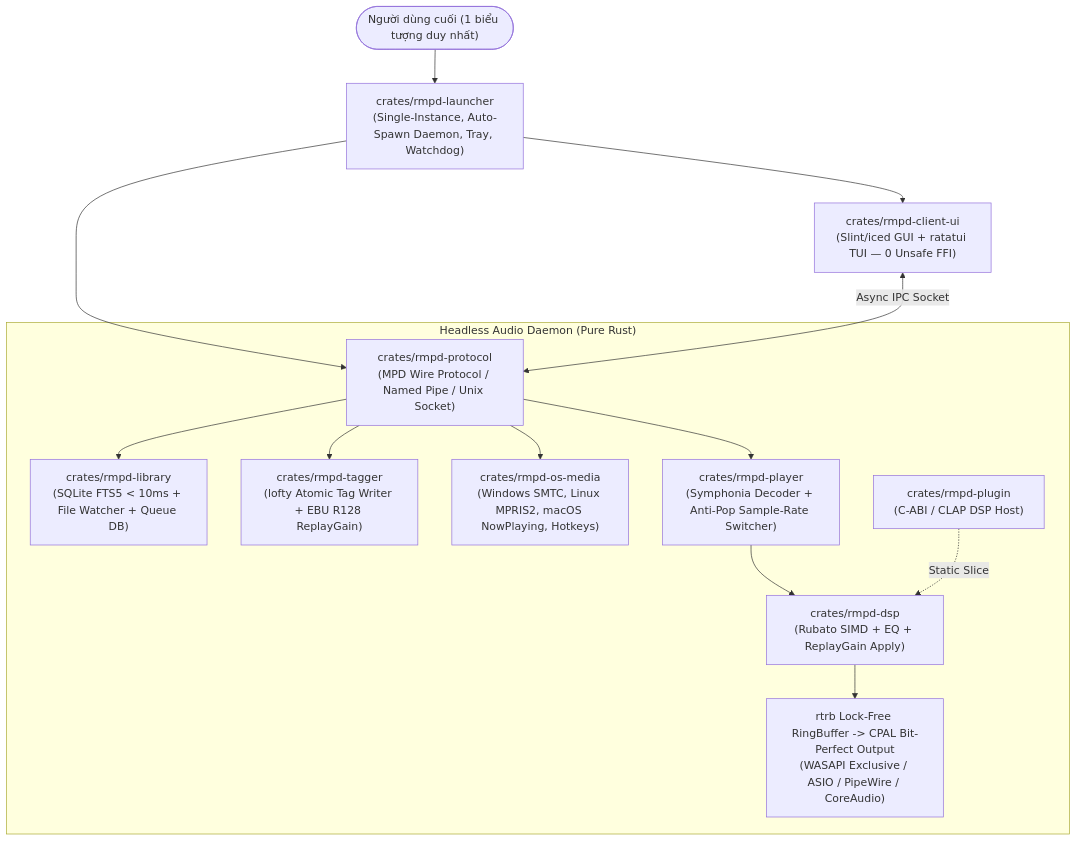
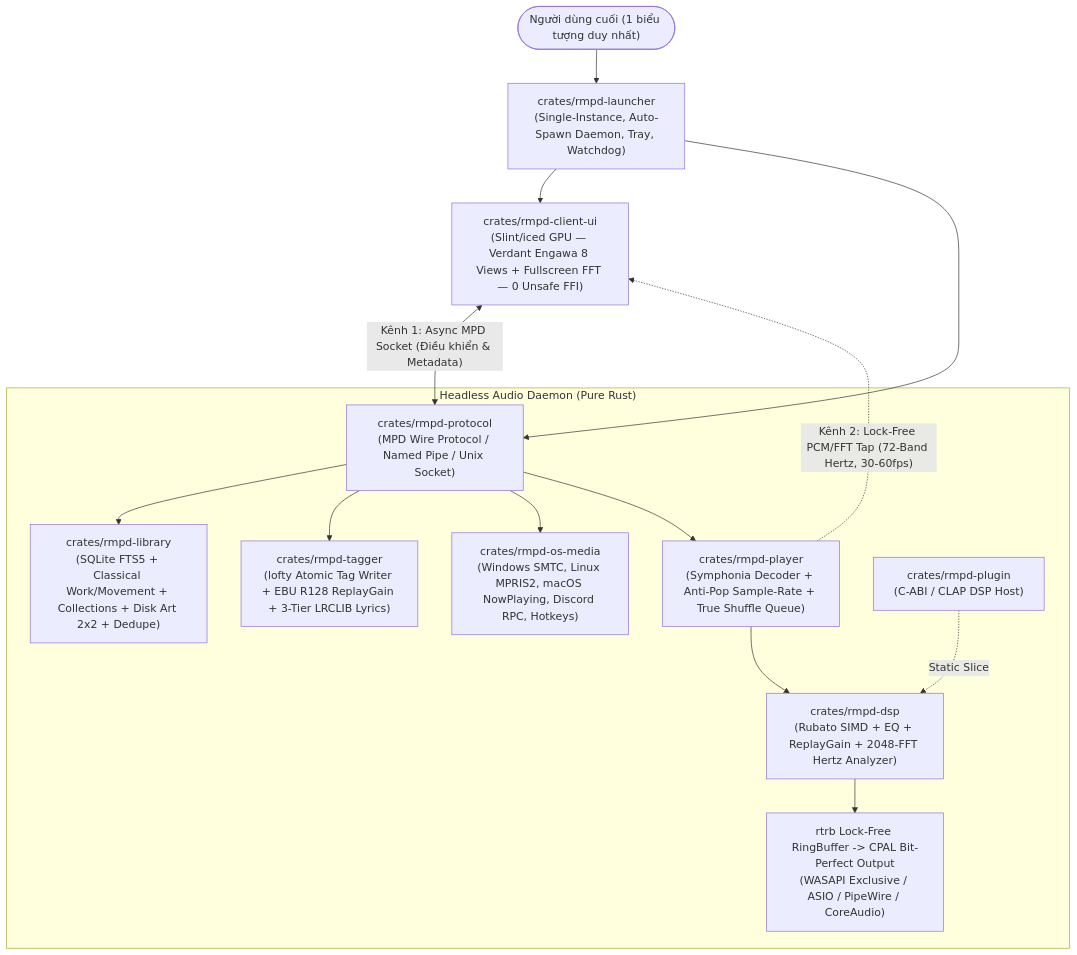
The diagram in BLUEPRINT.md (hien070807rise-glitch/rmpd-nextgen), drawn with Mermaid before and after one commit. The commit also changed other lines of this file and 2 other files, not shown here.

Commit message:
chore(hta): align blueprint and DAG with local Verdant Engawa UI

````diff
--- a/BLUEPRINT.md
+++ b/BLUEPRINT.md
@@ -44,17 +32,18 @@
 ```mermaid
 flowchart TD
     User(["Người dùng cuối (1 biểu tượng duy nhất)"]) --> Launcher["crates/rmpd-launcher\n(Single-Instance, Auto-Spawn Daemon, Tray, Watchdog)"]
-    Launcher --> UI["crates/rmpd-client-ui\n(Slint/iced GUI + ratatui TUI — 0 Unsafe FFI)"]
+    Launcher --> UI["crates/rmpd-client-ui\n(Slint/iced GPU — Verdant Engawa 8 Views + Fullscreen FFT — 0 Unsafe FFI)"]
     Launcher --> Proto["crates/rmpd-protocol\n(MPD Wire Protocol / Named Pipe / Unix Socket)"]
-    UI <-->|"Async IPC Socket"| Proto
+    UI <-->|"Kênh 1: Async MPD Socket (Điều khiển & Metadata)"| Proto
+    Player -.->|"Kênh 2: Lock-Free PCM/FFT Tap (72-Band Hertz, 30-60fps)"| UI
 
     subgraph DaemonCore["Headless Audio Daemon (Pure Rust)"]
-        Proto --> Lib["crates/rmpd-library\n(SQLite FTS5 < 10ms + File Watcher + Queue DB)"]
-        Proto --> Tag["crates/rmpd-tagger\n(lofty Atomic Tag Writer + EBU R128 ReplayGain)"]
-        Proto --> OSMedia["crates/rmpd-os-media\n(Windows SMTC, Linux MPRIS2, macOS NowPlaying, Hotkeys)"]
-        Proto --> Player["crates/rmpd-player\n(Symphonia Decoder + Anti-Pop Sample-Rate Switcher)"]
-        Player --> DSP["crates/rmpd-dsp\n(Rubato SIMD + EQ + ReplayGain Apply)"]
+        Proto --> Lib["crates/rmpd-library\n(SQLite FTS5 + Classical Work/Movement + Collections + Disk Art 2x2 + Dedupe)"]
+        Proto --> Tag["crates/rmpd-tagger\n(lofty Atomic Tag Writer + EBU R128 ReplayGain + 3-Tier LRCLIB Lyrics)"]
+        Proto --> OSMedia["crates/rmpd-os-media\n(Windows SMTC, Linux MPRIS2, macOS NowPlaying, Discord RPC, Hotkeys)"]
+        Proto --> Player["crates/rmpd-player\n(Symphonia Decoder + Anti-Pop Sample-Rate + True Shuffle Queue)"]
+        Player --> DSP["crates/rmpd-dsp\n(Rubato SIMD + EQ + ReplayGain + 2048-FFT Hertz Analyzer)"]
         Plug["crates/rmpd-plugin\n(C-ABI / CLAP DSP Host)"] -.->|"Static Slice"| DSP
         DSP --> Out["rtrb Lock-Free RingBuffer -> CPAL Bit-Perfect Output\n(WASAPI Exclusive / ASIO / PipeWire / CoreAudio)"]
     end
 ```
````
